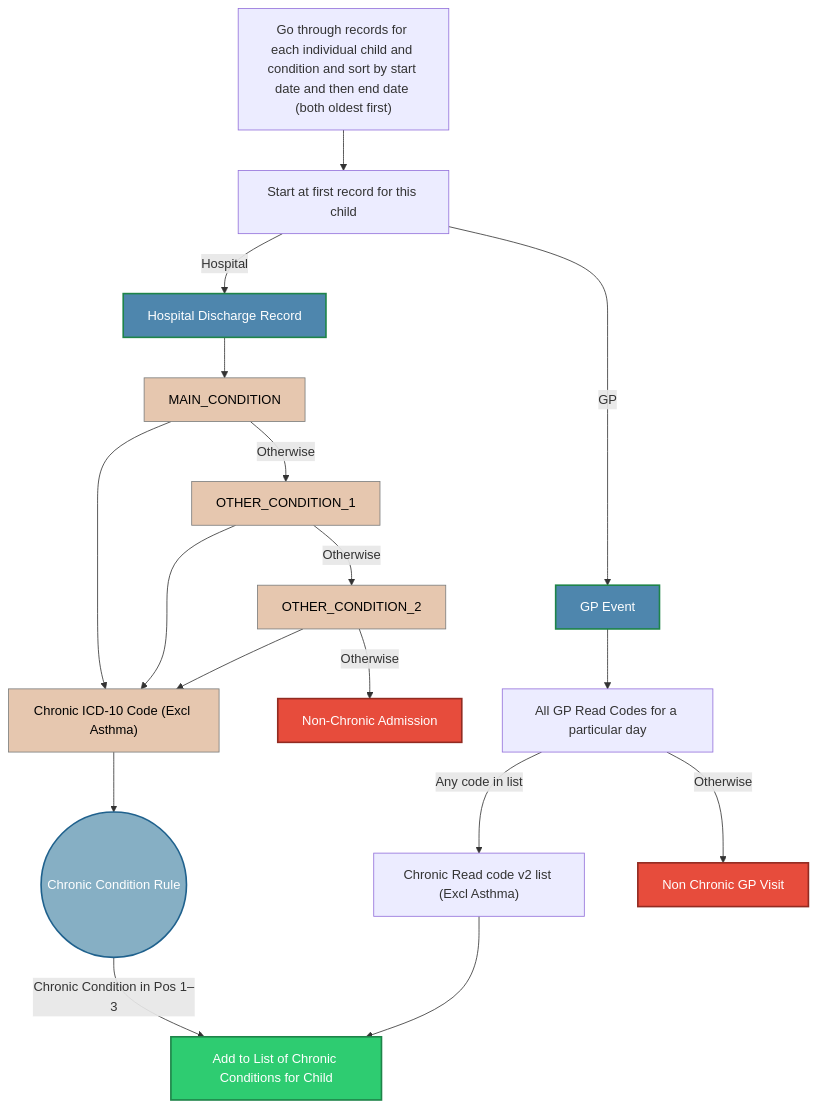
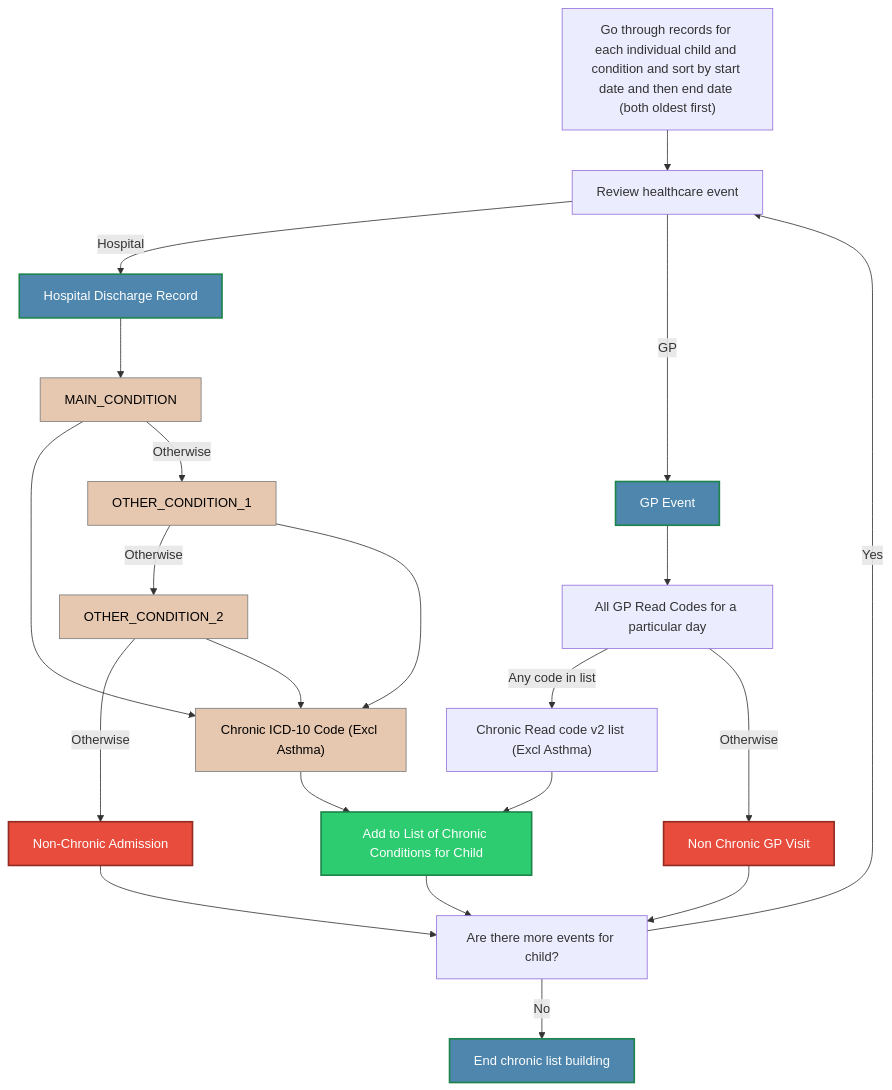
The second of 3 diagrams in ari_categorise.md (HomesHeatAndHealthyKids/DataLochAnalysis), drawn with Mermaid before and after one commit.

Commit message:
Added more detail to chronic condition list building

````diff
--- a/ari_categorise.md
+++ b/ari_categorise.md
@@ -125,7 +125,7 @@
     %% Observed Variables
     %% =========================
 
-    SMR_child_data["Go through records for each individual child and condition and sort by start date and then end date (both oldest first) "] --> C["Start at first record for this child"]
+    SMR_child_data["Go through records for each individual child and condition and sort by start date and then end date (both oldest first) "] --> C["Review healthcare event"]
     C --> |"Hospital"| SMR_rec
     C --> |"GP"| GP_rec
     SMR_rec[Hospital Discharge Record]
@@ -134,10 +134,7 @@
     Diag_pos_3[OTHER_CONDITION_2]
     ICD10_Chronic["Chronic ICD-10 Code (Excl Asthma)"]
 
-    %% =========================
-    %% Rule Nodes (Deterministic)
-    %% =========================
-    R_Chronic((Chronic Rule))
+ 
     
     %% =========================
     %% Outcomes
@@ -163,7 +160,7 @@
 
 
     %% General Chronic pathway
-    ICD10_Chronic --> R_Chronic
+    ICD10_Chronic --> Y
     Diag_pos_2 --> ICD10_Chronic
     Diag_pos_3 --> ICD10_Chronic
 
@@ -171,17 +168,14 @@
    
 
     %% General rule applies only if not Asthma
-    R_Chronic -->|Chronic Condition in Pos 1–3| Y
+
 
 
     GP_rec[GP Event]
     Diag_pos_1_GP[All GP Read Codes for a particular day]
     Read_Chronic_GP["Chronic Read code v2 list (Excl Asthma)"]
 
-    %% =========================
-    %% Rule Nodes (Deterministic)
-    %% =========================
-    R_Chronic((Chronic Condition Rule))
+
     
     %% =========================
     %% Outcomes
@@ -203,9 +197,12 @@
     %% General ARI pathway
     Read_Chronic_GP --> Y
 
-
+    Y --> more_records["Are there more events for child?"]
+    N_GP --> more_records
+    N --> more_records
    
-
+    more_records --> |Yes| C
+    more_records --> |No| end_list["End chronic list building"]
   
     %% =========================
     %% Styling
@@ -220,5 +217,5 @@
     class N,N_GP exclude
     class R_Chronic rule
     class ICD10_Chronic,Diag_pos_1,Diag_pos_2,Diag_pos_3,ICD10_asthma data
-    class SMR_rec,GP_rec record
+    class SMR_rec,GP_rec,end_list record
 ```
````
